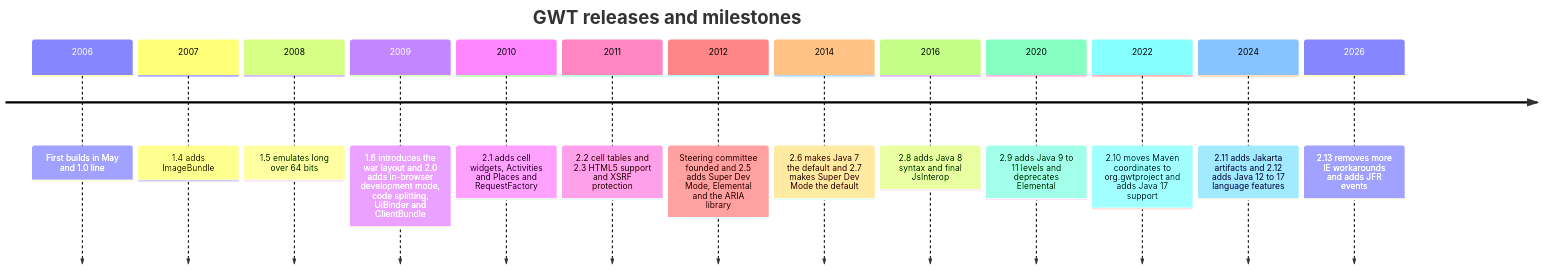
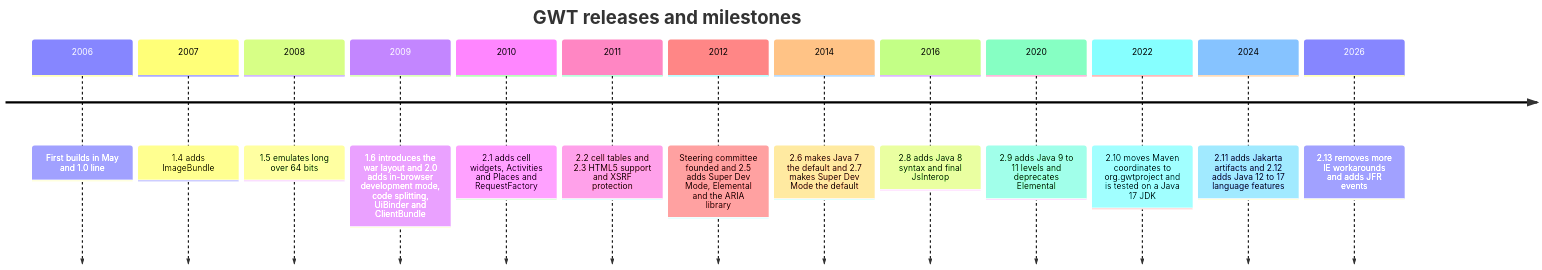
Before and after one commit to albertoirurueta/docs: the second of 2 diagrams in modules/ROOT/pages/web/gwt/introduction-and-architecture.adoc, drawn with Mermaid. The commit also changed 21 other files, not shown here.

```diff
--- a/modules/ROOT/pages/web/gwt/introduction-and-architecture.adoc
+++ b/modules/ROOT/pages/web/gwt/introduction-and-architecture.adoc
@@ -556,18 +556,18 @@
 [mermaid]
 ....
 timeline
     title GWT releases and milestones
     2006 : First builds in May and 1.0 line
     2007 : 1.4 adds ImageBundle
     2008 : 1.5 emulates long over 64 bits
     2009 : 1.6 introduces the war layout and 2.0 adds in-browser development mode, code splitting, UiBinder and ClientBundle
     2010 : 2.1 adds cell widgets, Activities and Places and RequestFactory
     2011 : 2.2 cell tables and 2.3 HTML5 support and XSRF protection
     2012 : Steering committee founded and 2.5 adds Super Dev Mode, Elemental and the ARIA library
     2014 : 2.6 makes Java 7 the default and 2.7 makes Super Dev Mode the default
     2016 : 2.8 adds Java 8 syntax and final JsInterop
     2020 : 2.9 adds Java 9 to 11 levels and deprecates Elemental
-    2022 : 2.10 moves Maven coordinates to org.gwtproject and adds Java 17 support
+    2022 : 2.10 moves Maven coordinates to org.gwtproject and is tested on a Java 17 JDK
     2024 : 2.11 adds Jakarta artifacts and 2.12 adds Java 12 to 17 language features
     2026 : 2.13 removes more IE workarounds and adds JFR events
 ....
```
